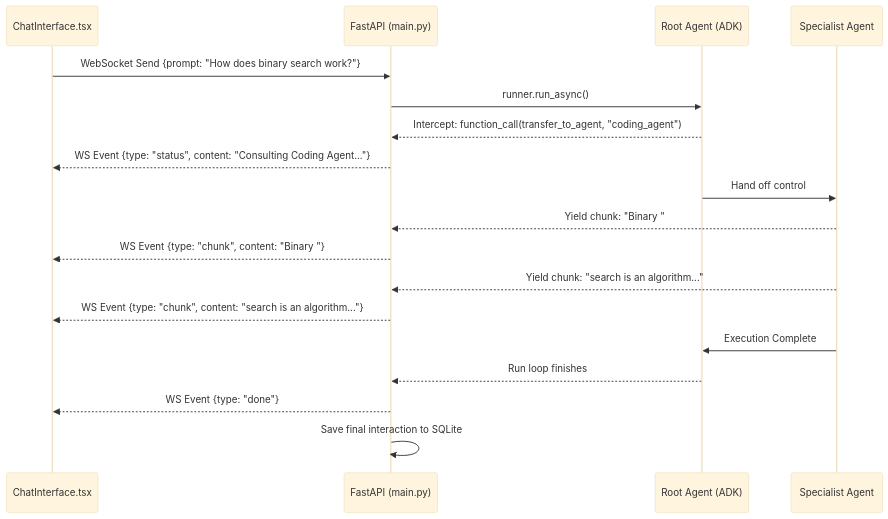
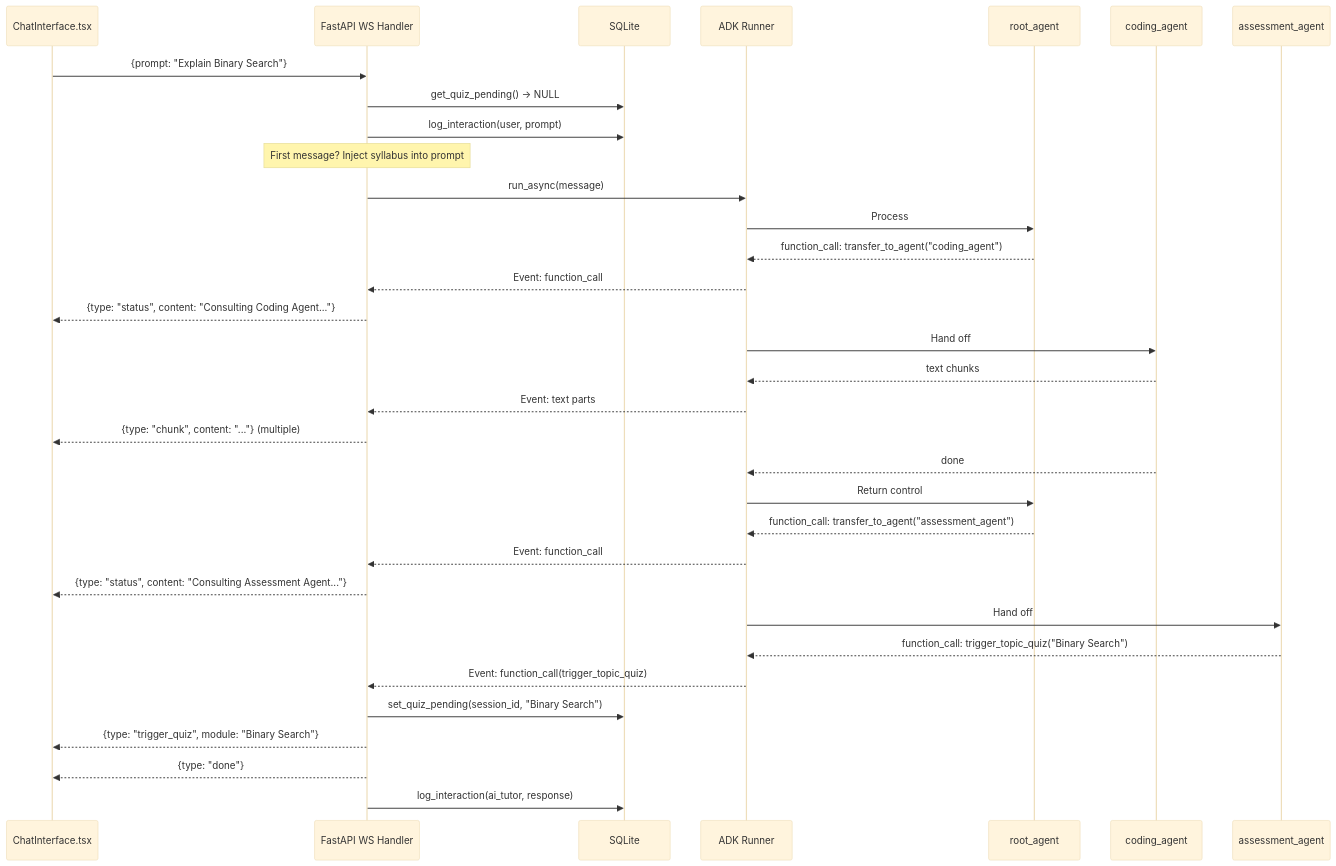
Before and after one commit to iayanbhunia/AI-Tutor---Multi-Agent-Learning-Platform: the third of 4 diagrams in ARCHITECTURE.md, drawn with Mermaid (base theme). The commit also changed other lines of this file and 24 other files, not shown here.

Commit message:
refactor: harden Assessment Agent instructions, update project documentation, and add comprehensive project reports.

````diff
--- a/ARCHITECTURE.md
+++ b/ARCHITECTURE.md
@@ -172,21 +1022,36 @@
 ```mermaid
 sequenceDiagram
     participant UI as ChatInterface.tsx
-    participant WS as FastAPI (main.py)
-    participant ADK as Root Agent (ADK)
-    participant Spec as Specialist Agent
-    
-    UI->>WS: WebSocket Send {prompt: "How does binary search work?"}
-    WS->>ADK: runner.run_async()
-    ADK-->>WS: Intercept: function_call(transfer_to_agent, "coding_agent")
-    WS-->>UI: WS Event {type: "status", content: "Consulting Coding Agent..."}
-    ADK->>Spec: Hand off control
-    Spec-->>WS: Yield chunk: "Binary "
-    WS-->>UI: WS Event {type: "chunk", content: "Binary "}
-    Spec-->>WS: Yield chunk: "search is an algorithm..."
-    WS-->>UI: WS Event {type: "chunk", content: "search is an algorithm..."}
-    Spec->>ADK: Execution Complete
-    ADK-->>WS: Run loop finishes
-    WS-->>UI: WS Event {type: "done"}
-    WS->>WS: Save final interaction to SQLite
+    participant WS as FastAPI WS Handler
+    participant DB as SQLite
+    participant Runner as ADK Runner
+    participant Root as root_agent
+    participant Coding as coding_agent
+    participant Assess as assessment_agent
+
+    UI ->> WS: {prompt: "Explain Binary Search"}
+    WS ->> DB: get_quiz_pending() → NULL
+    WS ->> DB: log_interaction(user, prompt)
+    Note over WS: First message? Inject syllabus into prompt
+    WS ->> Runner: run_async(message)
+    Runner ->> Root: Process
+    Root -->> Runner: function_call: transfer_to_agent("coding_agent")
+    Runner -->> WS: Event: function_call
+    WS -->> UI: {type: "status", content: "Consulting Coding Agent..."}
+    Runner ->> Coding: Hand off
+    Coding -->> Runner: text chunks
+    Runner -->> WS: Event: text parts
+    WS -->> UI: {type: "chunk", content: "..."} (multiple)
+    Coding -->> Runner: done
+    Runner ->> Root: Return control
+    Root -->> Runner: function_call: transfer_to_agent("assessment_agent")
+    Runner -->> WS: Event: function_call
+    WS -->> UI: {type: "status", content: "Consulting Assessment Agent..."}
+    Runner ->> Assess: Hand off
+    Assess -->> Runner: function_call: trigger_topic_quiz("Binary Search")
+    Runner -->> WS: Event: function_call(trigger_topic_quiz)
+    WS ->> DB: set_quiz_pending(session_id, "Binary Search")
+    WS -->> UI: {type: "trigger_quiz", module: "Binary Search"}
+    WS -->> UI: {type: "done"}
+    WS ->> DB: log_interaction(ai_tutor, response)
 ```
````
